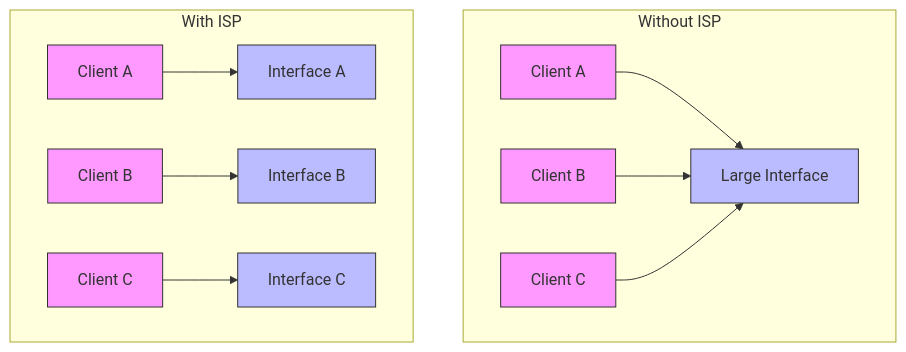
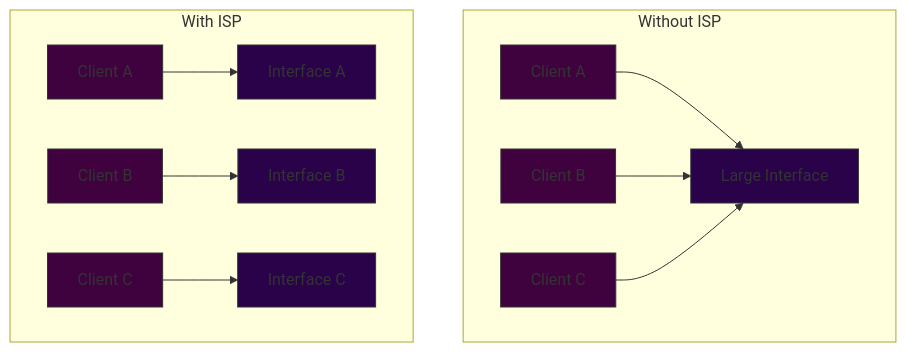
One commit to hezronkimutai/solid_principles changed the first of 2 diagrams in ISP/README.md. Above: the diagram before and after it, drawn with Mermaid. The commit also changed other lines of this file and 5 other files, not shown here.

````diff
--- a/ISP/README.md
+++ b/ISP/README.md
@@ -11,24 +11,24 @@
 ```mermaid
 graph TD
     subgraph "Without ISP"
     A[Client A] --> B[Large Interface]
     C[Client B] --> B
     D[Client C] --> B
-    style A fill:#f9f,stroke:#333
-    style B fill:#bbf,stroke:#333
-    style C fill:#f9f,stroke:#333
-    style D fill:#f9f,stroke:#333
+    style A fill:#3f023f,stroke:#333
+    style B fill:#290249,stroke:#333
+    style C fill:#3f023f,stroke:#333
+    style D fill:#3f023f,stroke:#333
     end
 
     subgraph "With ISP"
     E[Client A] --> F[Interface A]
     G[Client B] --> H[Interface B]
     I[Client C] --> J[Interface C]
-    style E fill:#f9f,stroke:#333
-    style F fill:#bbf,stroke:#333
-    style G fill:#f9f,stroke:#333
-    style H fill:#bbf,stroke:#333
-    style I fill:#f9f,stroke:#333
-    style J fill:#bbf,stroke:#333
+    style E fill:#3f023f,stroke:#333
+    style F fill:#290249,stroke:#333
+    style G fill:#3f023f,stroke:#333
+    style H fill:#290249,stroke:#333
+    style I fill:#3f023f,stroke:#333
+    style J fill:#290249,stroke:#333
     end
 ```
````
